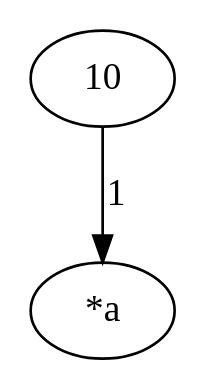
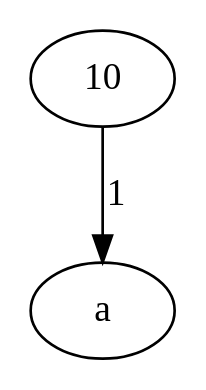
The diagram in src/main/resources/singleStatement/singleStatement.dot (specs-feup/trace2c), drawn with Graphviz before and after one commit. The commit also changed 3 other files, not shown here.

```diff
--- a/src/main/resources/singleStatement/singleStatement.dot
+++ b/src/main/resources/singleStatement/singleStatement.dot
@@ -1,5 +1,5 @@
 Digraph G{
 const0 [label=10, att1=const];
-"*a_1" [label="*a", att1=var, att2=inte, att3=int ];
-const0->"*a_1" [label=1, ord=1];
+"a_1" [label="a", att1=var, att2=loc, att3=int ];
+const0->"a_1" [label=1, ord=1];
 }
```
